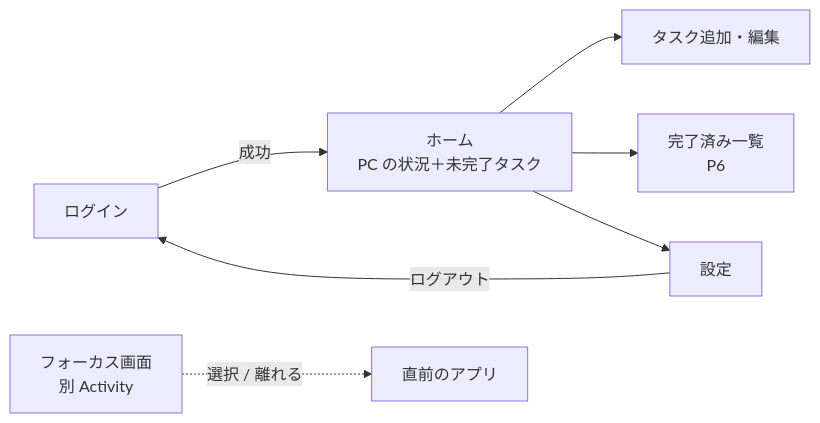
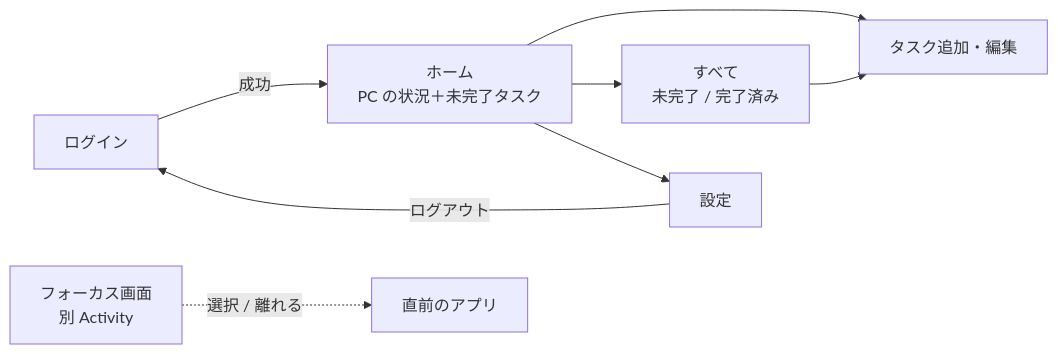
The second of 4 diagrams in docs/android/design.md (kazi983/shiodoki), drawn with Mermaid before and after one commit. The commit also changed other lines of this file and 13 other files, not shown here.

First line of the commit message:
Add an All tab with completed tasks to the Android app

````diff
--- a/docs/android/design.md
+++ b/docs/android/design.md
@@ -238,9 +240,10 @@
 ```mermaid
 flowchart LR
     Login[ログイン] -->|成功| Home
     Home[ホーム<br/>PC の状況＋未完了タスク] --> Edit[タスク追加・編集]
-    Home --> Completed[完了済み一覧<br/>P6]
+    Home --> All[すべて<br/>未完了 / 完了済み]
+    All --> Edit
     Home --> Settings[設定]
     Settings -->|ログアウト| Login
     Focus[フォーカス画面<br/>別 Activity] -.->|選択 / 離れる| Prev[直前のアプリ]
 ```
````
